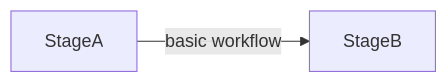
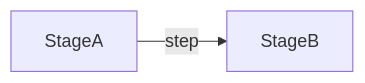
Before and after one commit to GridTools/gt4py: the first of 3 diagrams in docs/user/next/advanced/WorkflowPatterns.md, drawn with Mermaid. The commit also changed other lines of this file and 31 other files, not shown here.

````diff
--- a/docs/user/next/advanced/WorkflowPatterns.md
+++ b/docs/user/next/advanced/WorkflowPatterns.md
@@ -36,5 +33,5 @@
 ```mermaid
 graph LR
 
-StageA -->|basic workflow| StageB
+StageA -->|step| StageB
 ```
````
